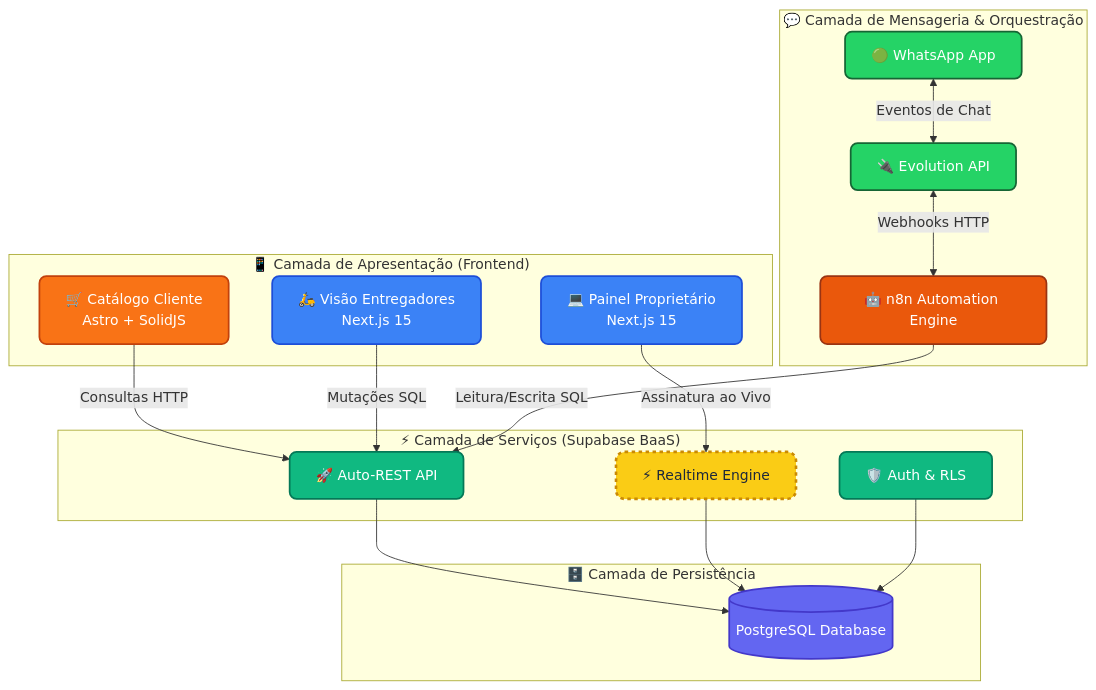
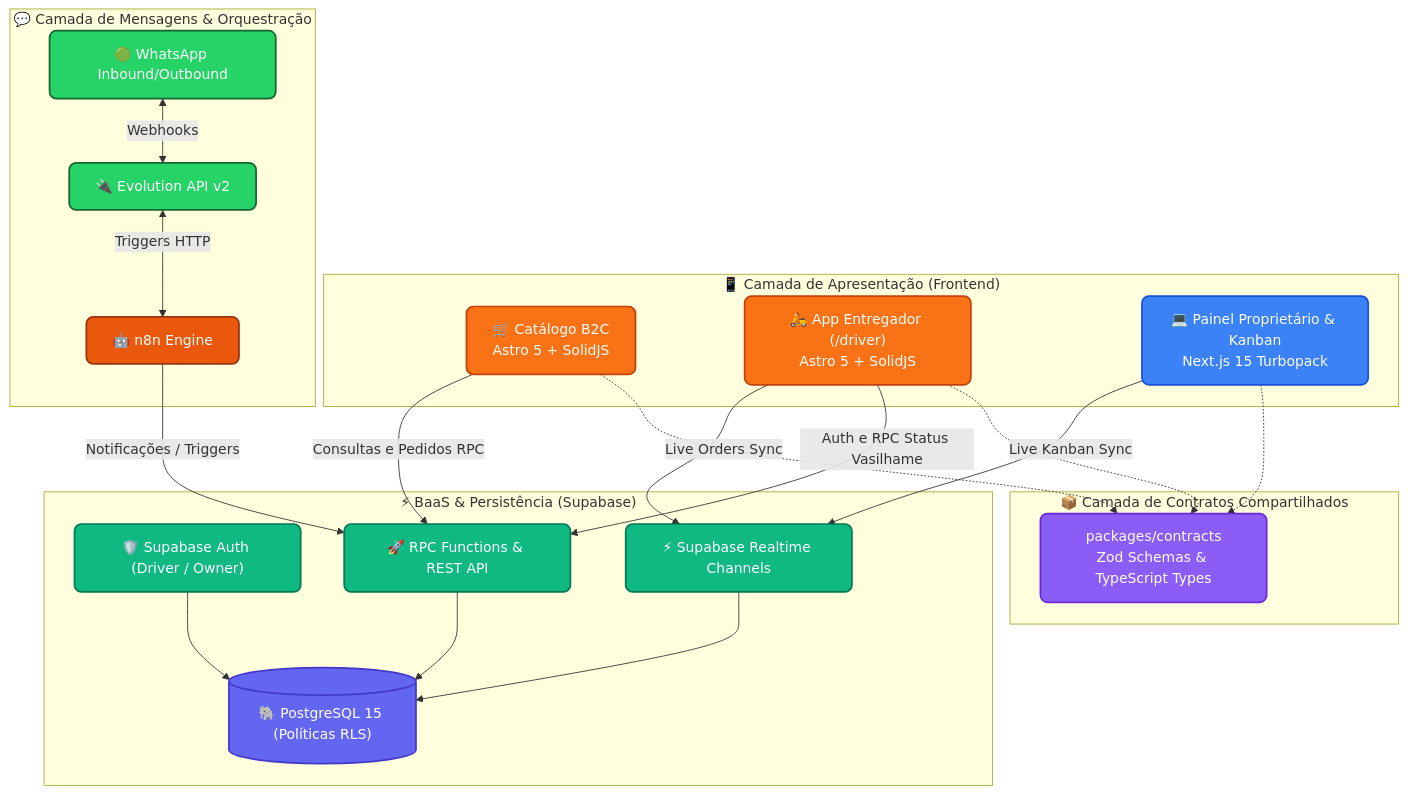
Before and after one commit to arcavcwb/center-gas: the diagram in README.pt-br.md, drawn with Mermaid. The commit also changed other lines of this file and 8 other files, not shown here.

````diff
--- a/README.pt-br.md
+++ b/README.pt-br.md
@@ -58,42 +76,47 @@
 ```mermaid
 graph TD
-    %% Custom Premium Styles (Nano Banana Level 🍌)
     classDef frontend fill:#3b82f6,stroke:#1d4ed8,stroke-width:2px,color:#fff,rx:8,ry:8;
     classDef astro fill:#f97316,stroke:#c2410c,stroke-width:2px,color:#fff,rx:8,ry:8;
     classDef whatsapp fill:#25d366,stroke:#166534,stroke-width:2px,color:#fff,rx:8,ry:8;
     classDef n8n fill:#ea580c,stroke:#9a3412,stroke-width:2px,color:#fff,rx:8,ry:8;
     classDef supabase fill:#10b981,stroke:#047857,stroke-width:2px,color:#fff,rx:8,ry:8;
     classDef database fill:#6366f1,stroke:#4338ca,stroke-width:2px,color:#fff,rx:8,ry:8;
-    classDef banana fill:#facc15,stroke:#ca8a04,stroke-width:3px,color:#1e293b,rx:10,ry:10,stroke-dasharray: 4 4;
+    classDef contracts fill:#8b5cf6,stroke:#6d28d9,stroke-width:2px,color:#fff,rx:8,ry:8;
 
     subgraph "📱 Camada de Apresentação (Frontend)"
-        C[🛒 Catálogo Cliente<br>Astro + SolidJS]:::astro
-        P[💻 Painel Proprietário<br>Next.js 15]:::frontend
-        R[🛵 Visão Entregadores<br>Next.js 15]:::frontend
+        C["🛒 Catálogo B2C<br/>Astro 5 + SolidJS"]:::astro
+        R["🛵 App Entregador (/driver)<br/>Astro 5 + SolidJS"]:::astro
+        P["💻 Painel Proprietário & Kanban<br/>Next.js 15 Turbopack"]:::frontend
     end
 
-    subgraph "💬 Camada de Mensageria & Orquestração"
-        WA[🟢 WhatsApp App]:::whatsapp <-->|Eventos de Chat| WHAM[🔌 Evolution API]:::whatsapp
-        WHAM <-->|Webhooks HTTP| N8N[🤖 n8n Automation Engine]:::n8n
+    subgraph "📦 Camada de Contratos Compartilhados"
+        Z["packages/contracts<br/>Zod Schemas & TypeScript Types"]:::contracts
     end
 
-    subgraph "⚡ Camada de Serviços (Supabase BaaS)"
-        S_API[🚀 Auto-REST API]:::supabase
-        S_RT[⚡ Realtime Engine]:::banana
-        S_AUTH[🛡️ Auth & RLS]:::supabase
+    subgraph "💬 Camada de Mensagens & Orquestração"
+        WA["🟢 WhatsApp Inbound/Outbound"]:::whatsapp <-->|Webhooks| EVO["🔌 Evolution API v2"]:::whatsapp
+        EVO <-->|Triggers HTTP| N8N["🤖 n8n Engine"]:::n8n
     end
 
-    subgraph "🗄️ Camada de Persistência"
-        DB[(PostgreSQL Database)]:::database
+    subgraph "⚡ BaaS & Persistência (Supabase)"
+        S_AUTH["🛡️ Supabase Auth (Driver / Owner)"]:::supabase
+        S_API["🚀 RPC Functions & REST API"]:::supabase
+        S_RT["⚡ Supabase Realtime Channels"]:::supabase
+        DB[("🐘 PostgreSQL 15 (Políticas RLS)")]:::database
     end
 
-    %% Relações
-    C -->|Consultas HTTP| S_API
-    P -->|Assinatura ao Vivo| S_RT
-    R -->|Mutações SQL| S_API
+    %% Relacionamentos
+    C -.-> Z
+    R -.-> Z
+    P -.-> Z
+    
+    C -->|Consultas e Pedidos RPC| S_API
+    R -->|Auth e RPC Status Vasilhame| S_API
+    R -->|Live Orders Sync| S_RT
+    P -->|Live Kanban Sync| S_RT
+    N8N -->|Notificações / Triggers| S_API
 
-    N8N -->|Leitura/Escrita SQL| S_API
     S_API --> DB
     S_RT --> DB
     S_AUTH --> DB
 ```
````
